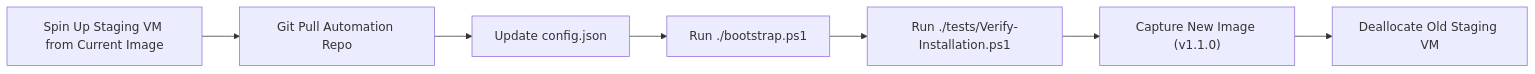
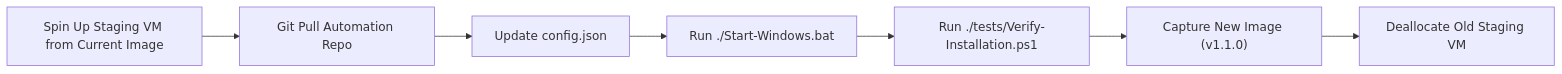
One commit to Rivalcoder/BurnAndBuild changed the diagram in docs/GOLDEN_IMAGE_GUIDE.md. Above: the diagram before and after it, drawn with Mermaid. The commit also changed other lines of this file and 11 other files, not shown here.

````diff
--- a/docs/GOLDEN_IMAGE_GUIDE.md
+++ b/docs/GOLDEN_IMAGE_GUIDE.md
@@ -114,9 +114,9 @@
 ```mermaid
 flowchart LR
     A["Spin Up Staging VM from Current Image"] --> B["Git Pull Automation Repo"]
     B --> C["Update config.json"]
-    C --> D["Run ./bootstrap.ps1"]
+    C --> D["Run ./Start-Windows.bat"]
     D --> E["Run ./tests/Verify-Installation.ps1"]
     E --> F["Capture New Image (v1.1.0)"]
     F --> G["Deallocate Old Staging VM"]
 ```
````
